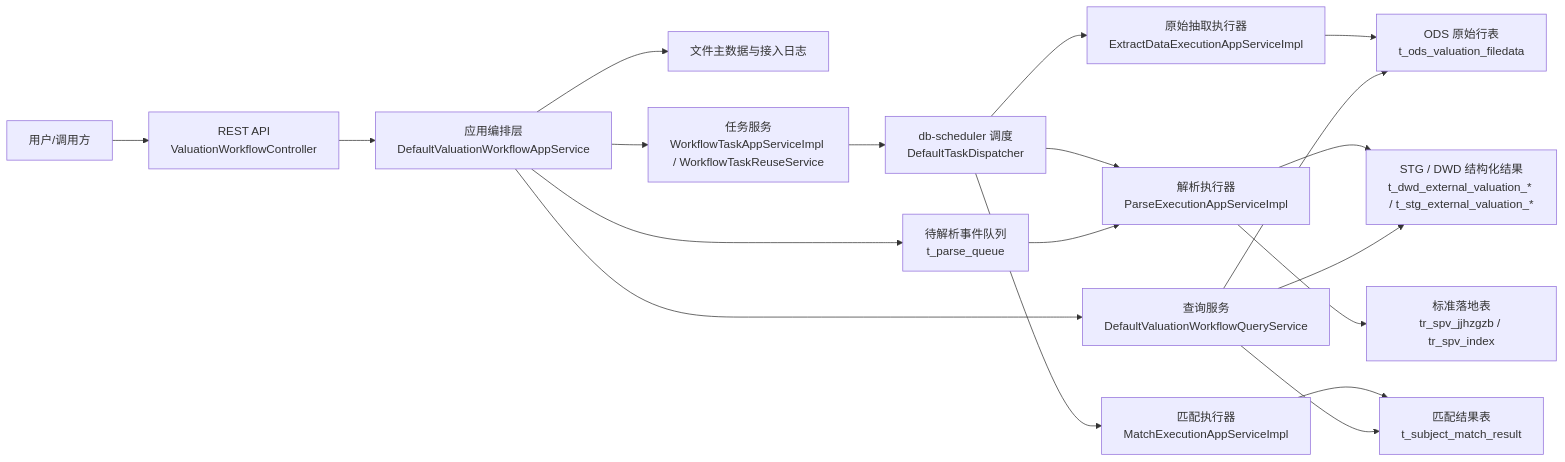
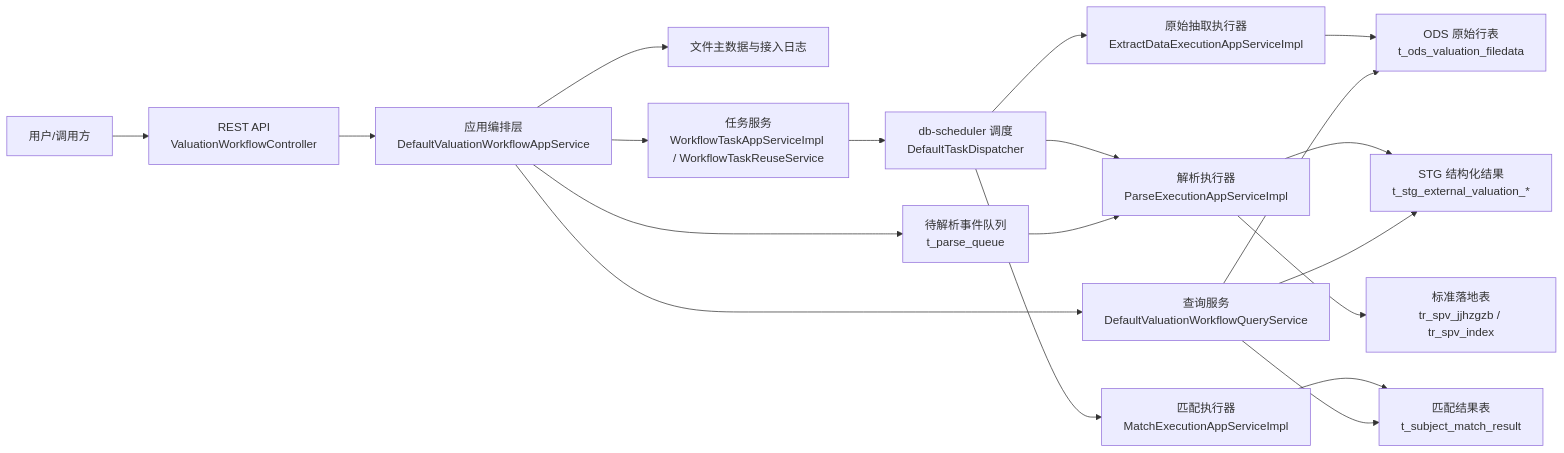
Before and after one commit to iloveZzz/valset-standardizer-java: the first of 2 diagrams in docs/architecture-overview.md, drawn with Mermaid. The commit also changed other lines of this file and 144 other files, not shown here.

````diff
--- a/docs/architecture-overview.md
+++ b/docs/architecture-overview.md
@@ -72,21 +72,21 @@
 ```mermaid
 flowchart LR
     U["用户/调用方"] --> C["REST API<br/>ValuationWorkflowController"]
     C --> A["应用编排层<br/>DefaultValuationWorkflowAppService"]
     A --> F["文件主数据与接入日志"]
     A --> T["任务服务<br/>WorkflowTaskAppServiceImpl / WorkflowTaskReuseService"]
     T --> Q["db-scheduler 调度<br/>DefaultTaskDispatcher"]
     Q --> E1["原始抽取执行器<br/>ExtractDataExecutionAppServiceImpl"]
     Q --> E2["解析执行器<br/>ParseExecutionAppServiceImpl"]
     Q --> E3["匹配执行器<br/>MatchExecutionAppServiceImpl"]
     E1 --> ODS["ODS 原始行表<br/>t_ods_valuation_filedata"]
     A --> PQ["待解析事件队列<br/>t_parse_queue"]
     PQ --> E2
-    E2 --> STG["STG / DWD 结构化结果<br/>t_dwd_external_valuation_* / t_stg_external_valuation_*"]
+    E2 --> STG["STG 结构化结果<br/>t_stg_external_valuation_*"]
     E2 --> TR["标准落地表<br/>tr_spv_jjhzgzb / tr_spv_index"]
     E3 --> RES["匹配结果表<br/>t_subject_match_result"]
     A --> QRY["查询服务<br/>DefaultValuationWorkflowQueryService"]
     QRY --> ODS
     QRY --> STG
     QRY --> RES
 ```
````
